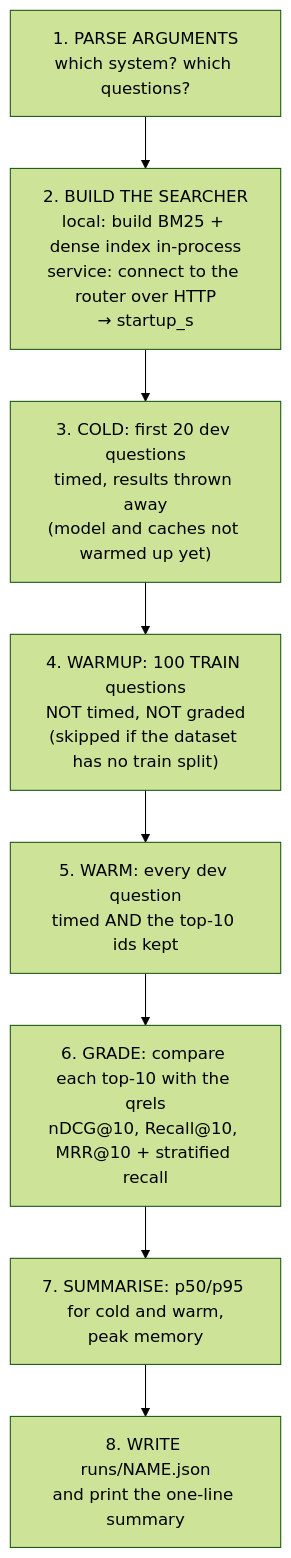
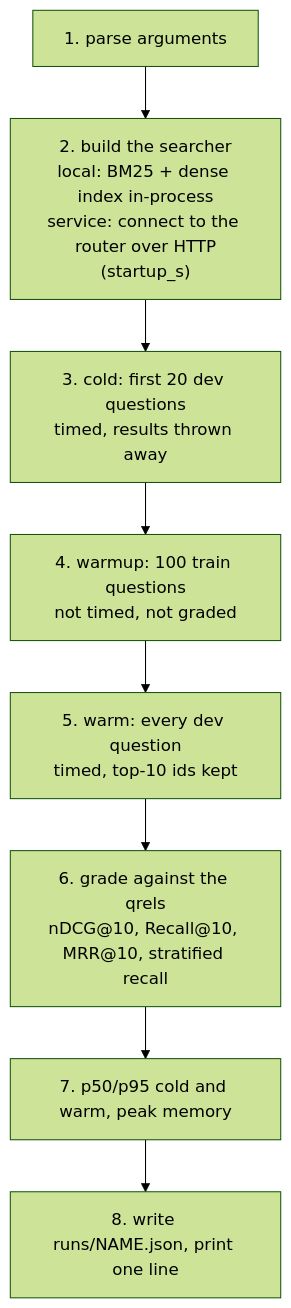
The first of 3 diagrams in docs/eval.md (node31/fiqa-agentic-retrieval), drawn with Mermaid (forest theme) before and after one commit. The commit also changed other lines of this file and 38 other files, not shown here.

````diff
--- a/docs/eval.md
+++ b/docs/eval.md
@@ -58,10 +27,10 @@
 ```mermaid
 flowchart TD
-    A["1. PARSE ARGUMENTS<br/>which system? which questions?"] --> B["2. BUILD THE SEARCHER<br/>local: build BM25 + dense index in-process<br/>service: connect to the router over HTTP<br/>→ startup_s"]
-    B --> C["3. COLD: first 20 dev questions<br/>timed, results thrown away<br/>(model and caches not warmed up yet)"]
-    C --> D["4. WARMUP: 100 TRAIN questions<br/>NOT timed, NOT graded<br/>(skipped if the dataset has no train split)"]
-    D --> E["5. WARM: every dev question<br/>timed AND the top-10 ids kept"]
-    E --> F["6. GRADE: compare each top-10 with the qrels<br/>nDCG@10, Recall@10, MRR@10 + stratified recall"]
-    F --> G["7. SUMMARISE: p50/p95 for cold and warm,<br/>peak memory"]
-    G --> H["8. WRITE runs/NAME.json<br/>and print the one-line summary"]
+    A["1. parse arguments"] --> B["2. build the searcher<br/>local: BM25 + dense index in-process<br/>service: connect to the router over HTTP<br/>(startup_s)"]
+    B --> C["3. cold: first 20 dev questions<br/>timed, results thrown away"]
+    C --> D["4. warmup: 100 train questions<br/>not timed, not graded"]
+    D --> E["5. warm: every dev question<br/>timed, top-10 ids kept"]
+    E --> F["6. grade against the qrels<br/>nDCG@10, Recall@10, MRR@10, stratified recall"]
+    F --> G["7. p50/p95 cold and warm, peak memory"]
+    G --> H["8. write runs/NAME.json, print one line"]
 ```
````
